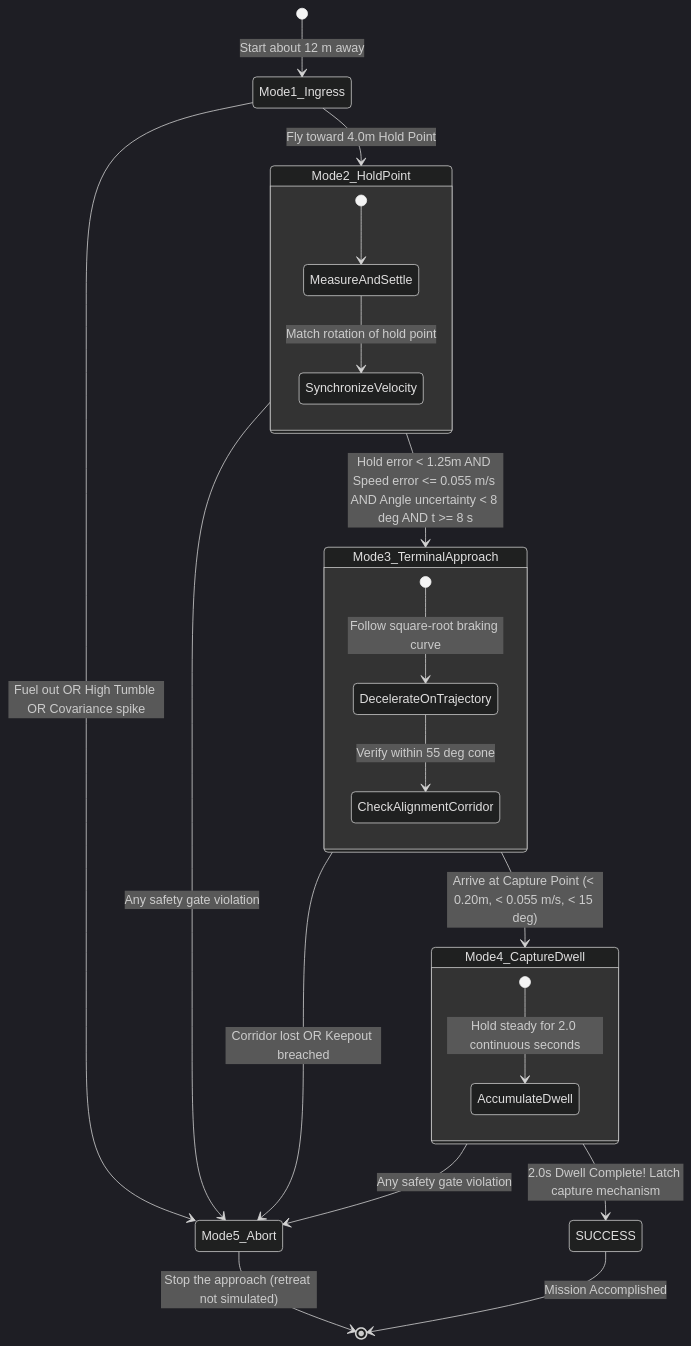
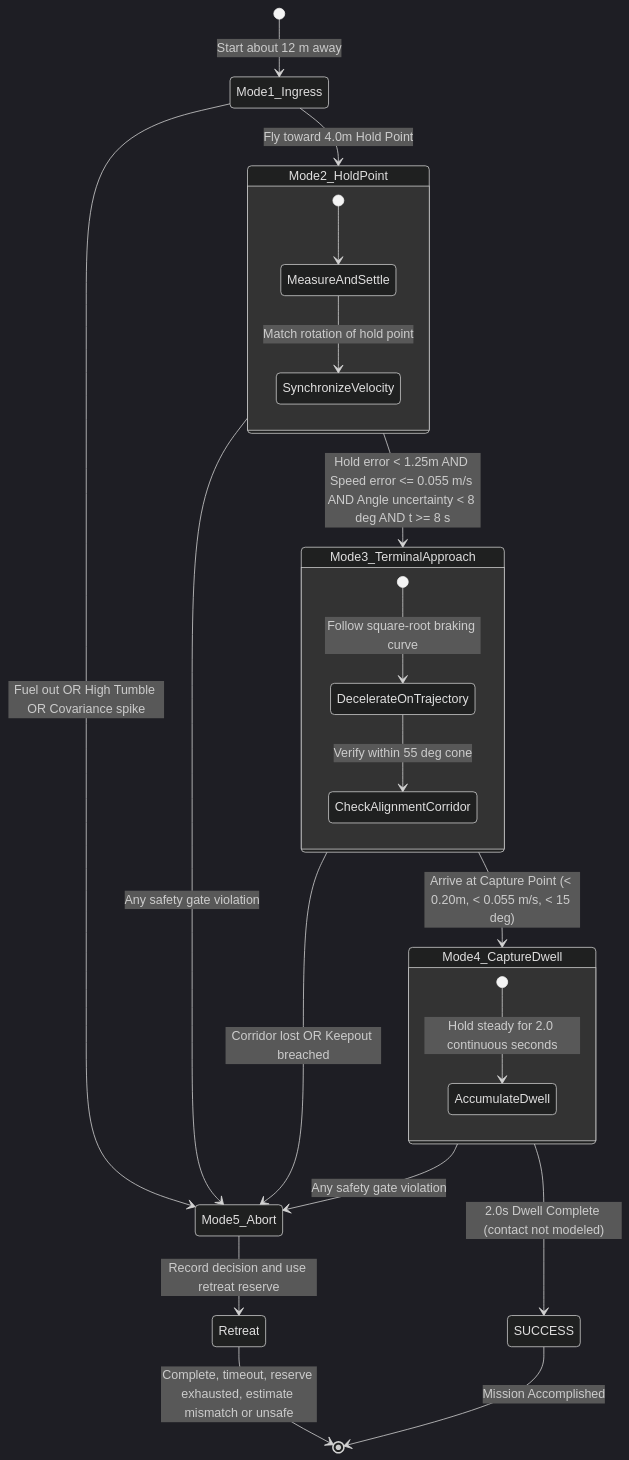
Before and after one commit to Siddharthpatni/Orbit_Observers: the second of 2 diagrams in docs/SYSTEM_ARCHITECTURE.md, drawn with Mermaid (dark theme). The commit also changed other lines of this file and 67 other files, not shown here.

````diff
--- a/docs/SYSTEM_ARCHITECTURE.md
+++ b/docs/SYSTEM_ARCHITECTURE.md
@@ -105,34 +105,35 @@
 ```mermaid
 stateDiagram-v2
     [*] --> Mode1_Ingress: Start about 12 m away
     
     Mode1_Ingress --> Mode2_HoldPoint: Fly toward 4.0m Hold Point
     
     state Mode2_HoldPoint {
         [*] --> MeasureAndSettle
         MeasureAndSettle --> SynchronizeVelocity: Match rotation of hold point
     }
     
     Mode2_HoldPoint --> Mode3_TerminalApproach: Hold error < 1.25m AND Speed error <= 0.055 m/s AND Angle uncertainty < 8 deg AND t >= 8 s
     
     state Mode3_TerminalApproach {
         [*] --> DecelerateOnTrajectory: Follow square-root braking curve
         DecelerateOnTrajectory --> CheckAlignmentCorridor: Verify within 55 deg cone
     }
     
     Mode3_TerminalApproach --> Mode4_CaptureDwell: Arrive at Capture Point (< 0.20m, < 0.055 m/s, < 15 deg)
     
     state Mode4_CaptureDwell {
         [*] --> AccumulateDwell: Hold steady for 2.0 continuous seconds
     }
     
-    Mode4_CaptureDwell --> SUCCESS: 2.0s Dwell Complete! Latch capture mechanism
+    Mode4_CaptureDwell --> SUCCESS: 2.0s Dwell Complete (contact not modeled)
     
     Mode1_Ingress --> Mode5_Abort: Fuel out OR High Tumble OR Covariance spike
     Mode2_HoldPoint --> Mode5_Abort: Any safety gate violation
     Mode3_TerminalApproach --> Mode5_Abort: Corridor lost OR Keepout breached
     Mode4_CaptureDwell --> Mode5_Abort: Any safety gate violation
     
-    Mode5_Abort --> [*]: Stop the approach (retreat not simulated)
+    Mode5_Abort --> Retreat: Record decision and use retreat reserve
+    Retreat --> [*]: Complete, timeout, reserve exhausted, estimate mismatch or unsafe
     SUCCESS --> [*]: Mission Accomplished
 ```
````
